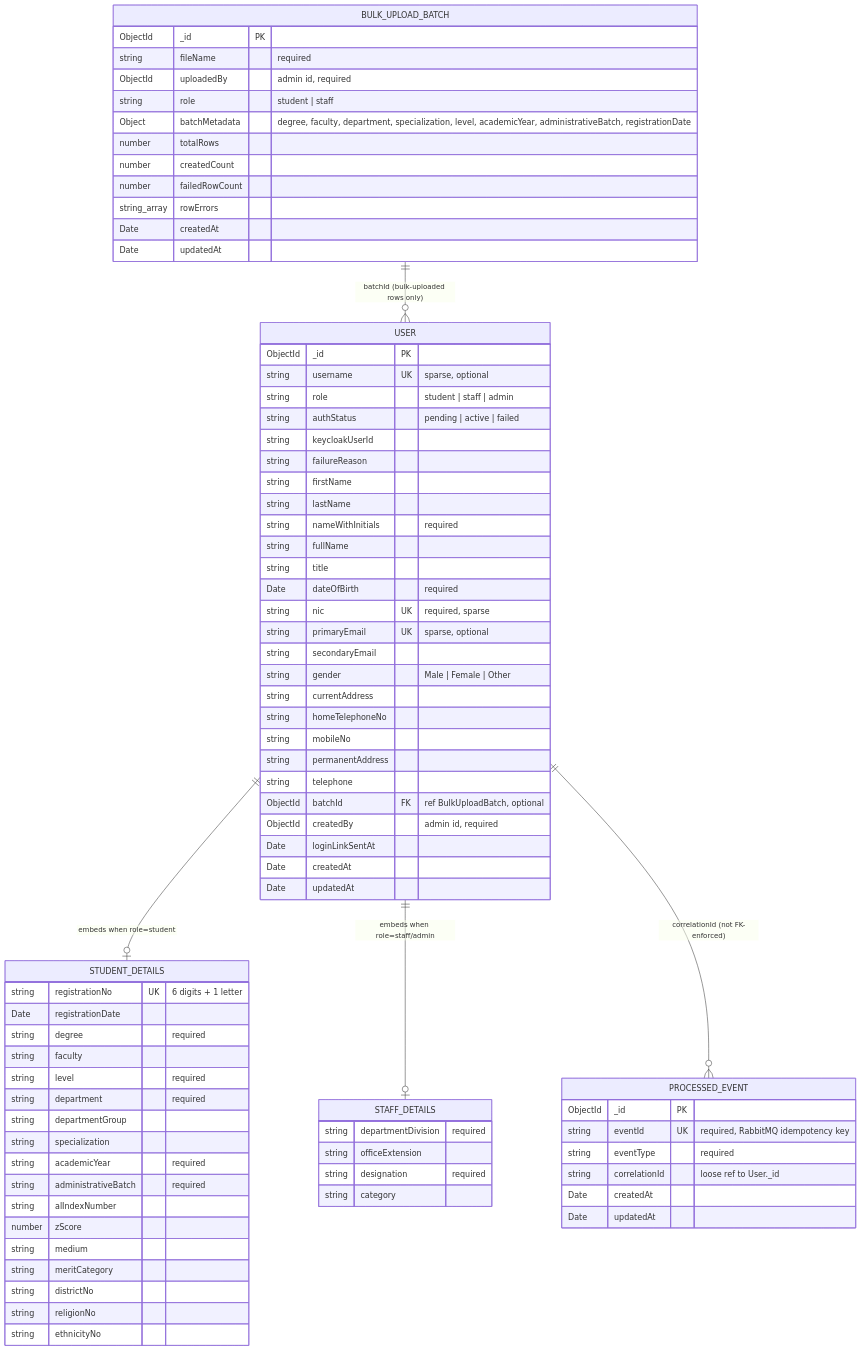
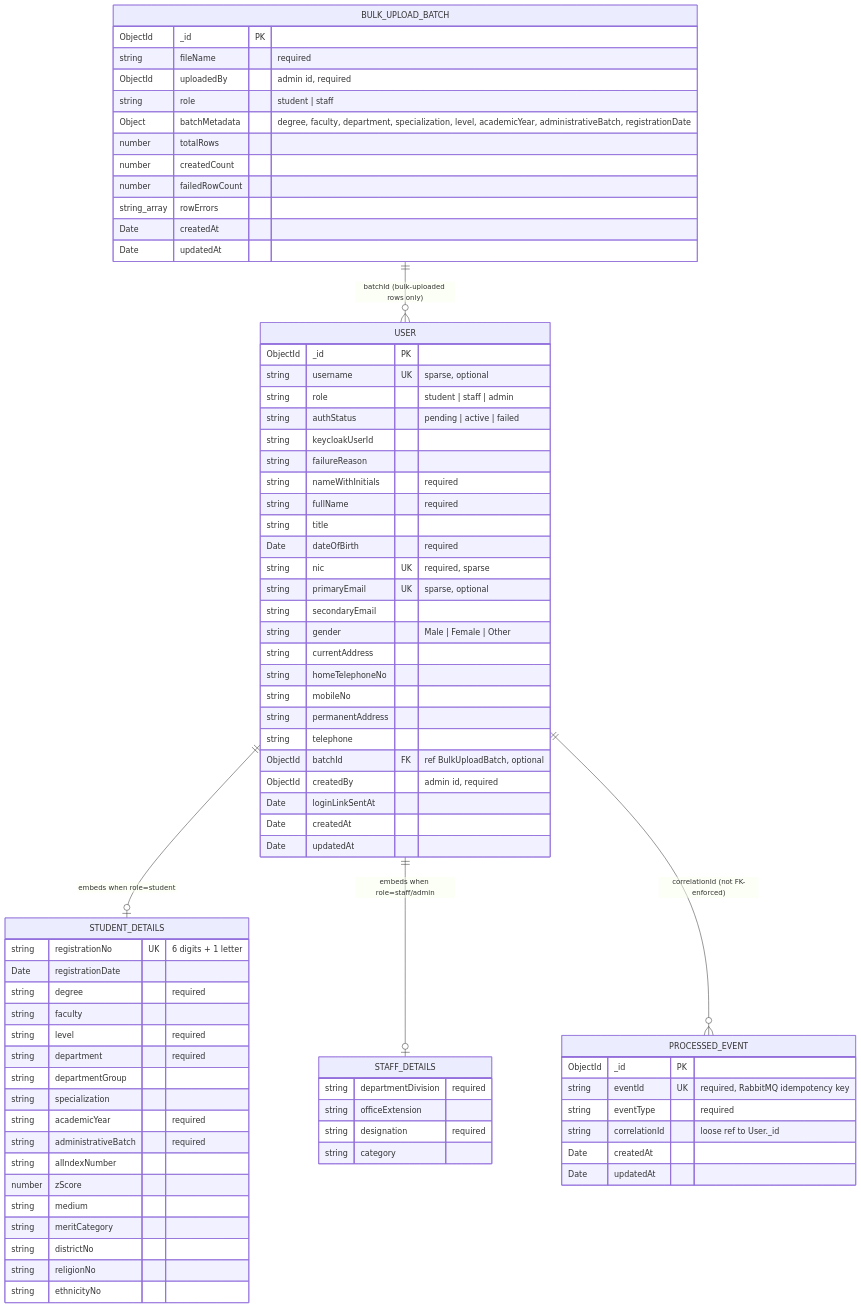
One commit to NanduHasaranga/uom-mis-backend changed the diagram in apps/user-management/README.md. Above: the diagram before and after it, drawn with Mermaid. The commit also changed 9 other files, not shown here.

Commit message:
Remove First Name and Last name from users

```diff
--- a/apps/user-management/README.md
+++ b/apps/user-management/README.md
@@ -242,10 +242,8 @@
         string authStatus "pending | active | failed"
         string keycloakUserId
         string failureReason
-        string firstName
-        string lastName
         string nameWithInitials "required"
-        string fullName
+        string fullName "required"
         string title
         Date dateOfBirth "required"
         string nic UK "required, sparse"
```
